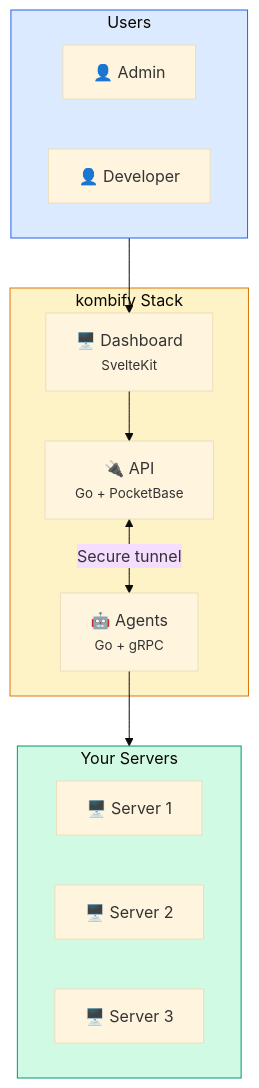
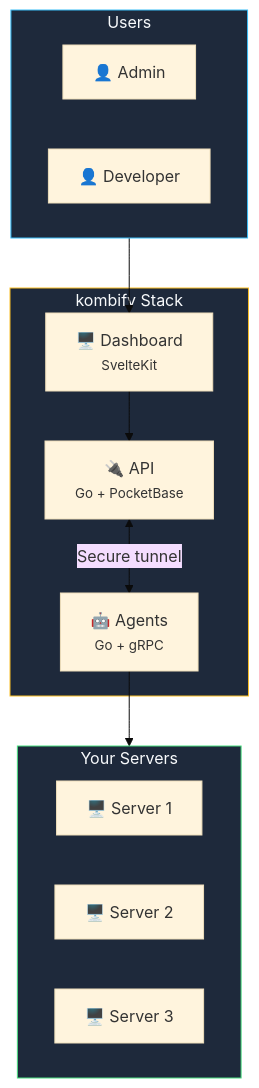
One commit to KombiverseLabs/docs changed the third of 5 diagrams in stack/overview.mdx. Above: the diagram before and after it, drawn with Mermaid (base theme). The commit also changed other lines of this file and 33 other files, not shown here.

````diff
--- a/stack/overview.mdx
+++ b/stack/overview.mdx
@@ -167,28 +165,28 @@
 ```mermaid
 graph TB
     subgraph Users["Users"]
         Admin["👤 Admin"]
         Dev["👤 Developer"]
     end
 
     subgraph Stack["kombify Stack"]
         Dashboard["🖥️ Dashboard<br/><small>SvelteKit</small>"]
         API["🔌 API<br/><small>Go + PocketBase</small>"]
         Agents["🤖 Agents<br/><small>Go + gRPC</small>"]
     end
 
     subgraph Nodes["Your Servers"]
         N1["🖥️ Server 1"]
         N2["🖥️ Server 2"]
         N3["🖥️ Server 3"]
     end
 
     Users --> Dashboard
     Dashboard --> API
     API <-->|"Secure tunnel"| Agents
     Agents --> Nodes
 
-    style Users fill:#dbeafe,stroke:#2563eb
-    style Stack fill:#fef3c7,stroke:#d97706
-    style Nodes fill:#d1fae5,stroke:#059669
+    style Users fill:#1e293b,stroke:#38bdf8,color:#f8fafc
+    style Stack fill:#1e293b,stroke:#fbbf24,color:#f8fafc
+    style Nodes fill:#1e293b,stroke:#4ade80,color:#f8fafc
 ```
````
